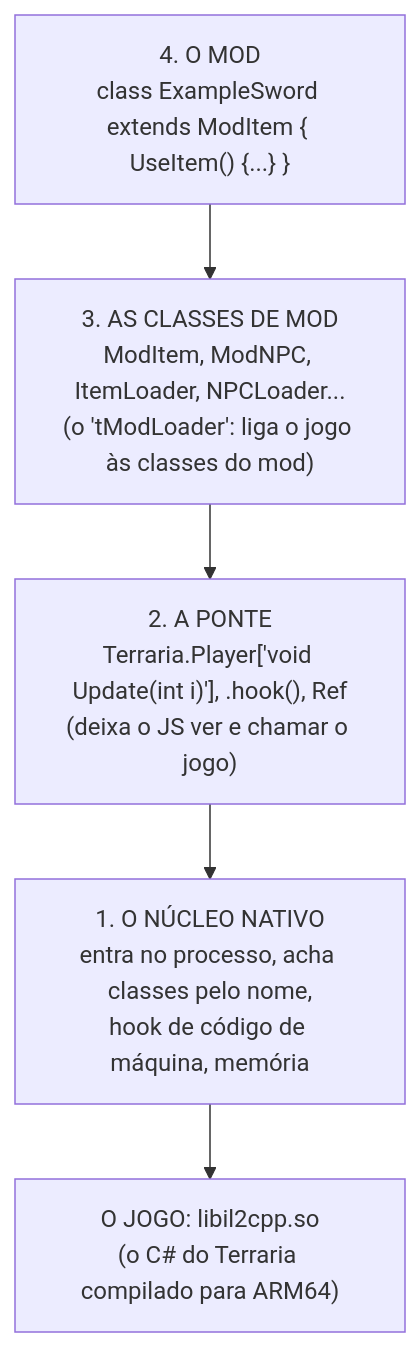
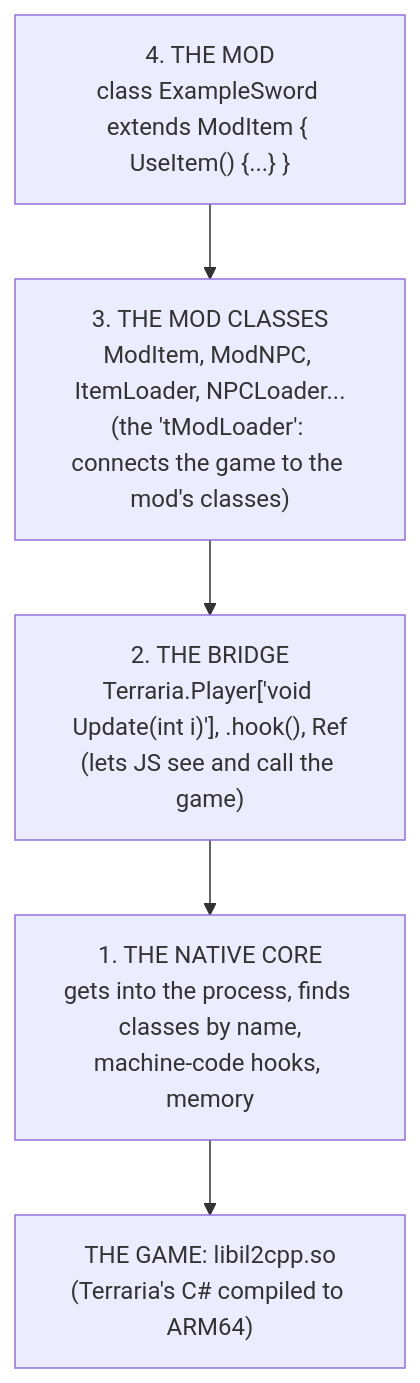
Before and after one commit to JonataOliveiraa/Bunny-Loader: the first of 5 diagrams in docs/mods/00-como-funciona.md, drawn with Mermaid. The commit also changed other lines of this file and 89 other files, not shown here.

````diff
--- a/docs/mods/00-como-funciona.md
+++ b/docs/mods/00-como-funciona.md
@@ -17,9 +18,9 @@
 ```mermaid
 flowchart TB
-    M["4. O MOD<br/>class ExampleSword extends ModItem { UseItem() {...} }"]
-    C["3. AS CLASSES DE MOD<br/>ModItem, ModNPC, ItemLoader, NPCLoader...<br/>(o 'tModLoader': liga o jogo às classes do mod)"]
-    P["2. A PONTE<br/>Terraria.Player['void Update(int i)'], .hook(), Ref<br/>(deixa o JS ver e chamar o jogo)"]
-    N["1. O NÚCLEO NATIVO<br/>entra no processo, acha classes pelo nome,<br/>hook de código de máquina, memória"]
-    G["O JOGO: libil2cpp.so<br/>(o C# do Terraria compilado para ARM64)"]
+    M["4. THE MOD<br/>class ExampleSword extends ModItem { UseItem() {...} }"]
+    C["3. THE MOD CLASSES<br/>ModItem, ModNPC, ItemLoader, NPCLoader...<br/>(the 'tModLoader': connects the game to the mod's classes)"]
+    P["2. THE BRIDGE<br/>Terraria.Player['void Update(int i)'], .hook(), Ref<br/>(lets JS see and call the game)"]
+    N["1. THE NATIVE CORE<br/>gets into the process, finds classes by name,<br/>machine-code hooks, memory"]
+    G["THE GAME: libil2cpp.so<br/>(Terraria's C# compiled to ARM64)"]
     M --> C --> P --> N --> G
 ```
````
